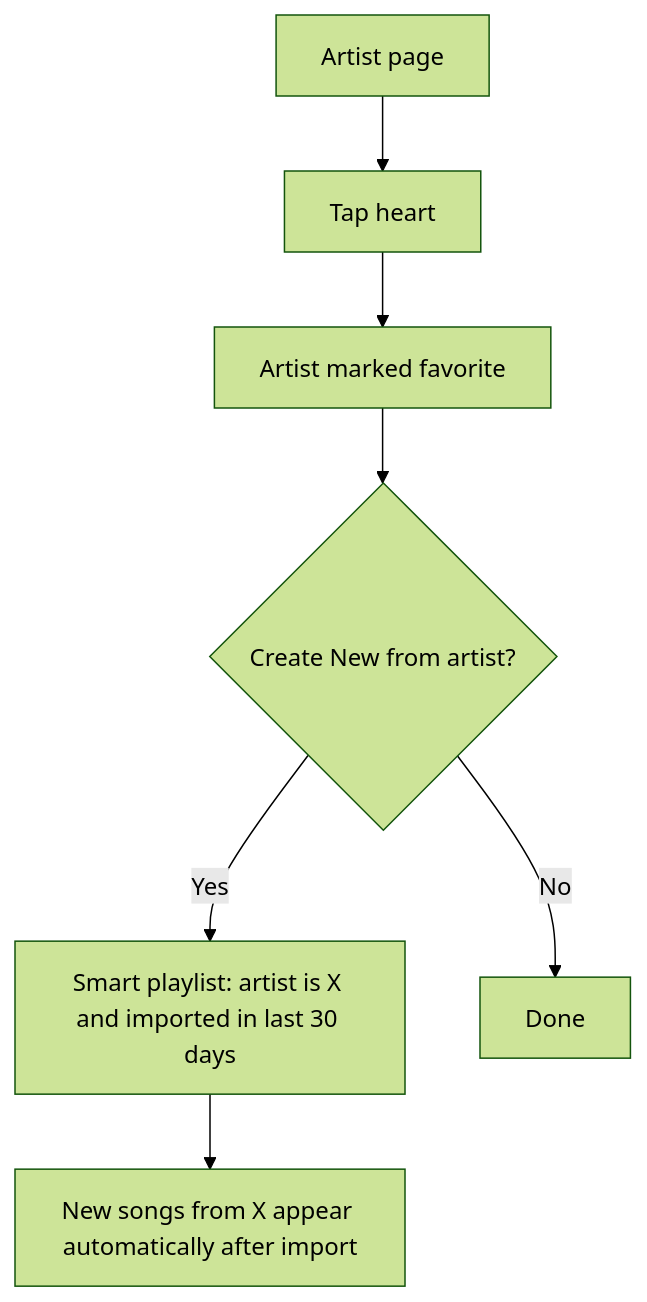
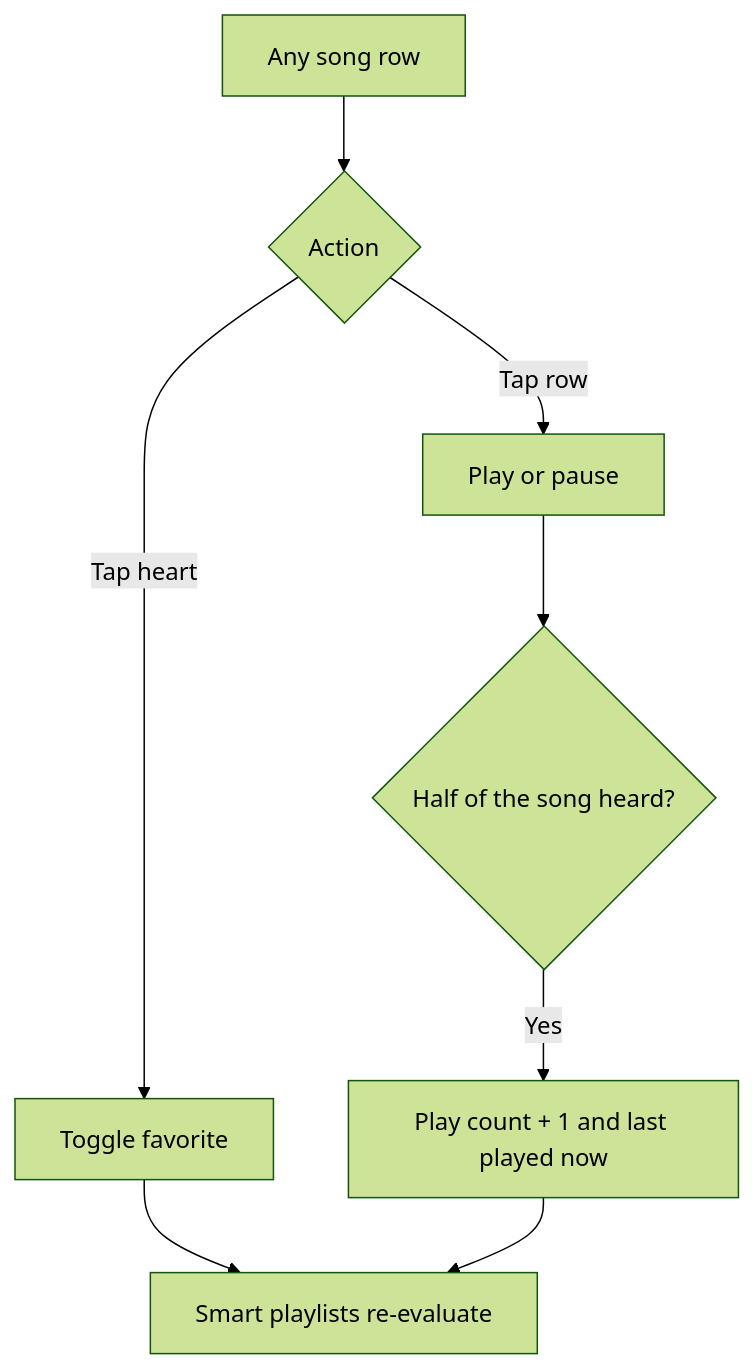
One commit to sabrinasalomon/CoryMusic changed the sixth of 6 diagrams in docs/USER_FLOWS.md. Above: the diagram before and after it, drawn with Mermaid (forest theme). The commit also changed other lines of this file and 68 other files, not shown here.

````diff
--- a/docs/USER_FLOWS.md
+++ b/docs/USER_FLOWS.md
@@ -143,9 +108,9 @@
 ```mermaid
 flowchart TD
-    A[Artist page] --> B[Tap heart]
-    B --> C[Artist marked favorite]
-    C --> D{Create New from artist?}
-    D -- Yes --> E[Smart playlist: artist is X and imported in last 30 days]
-    D -- No --> F[Done]
-    E --> G[New songs from X appear automatically after import]
+    A[Any song row] --> B{Action}
+    B -- Tap heart --> C[Toggle favorite]
+    B -- Tap row --> D[Play or pause]
+    D --> E{Half of the song heard?}
+    E -- Yes --> F[Play count + 1 and last played now]
+    C & F --> G[Smart playlists re-evaluate]
 ```
````
